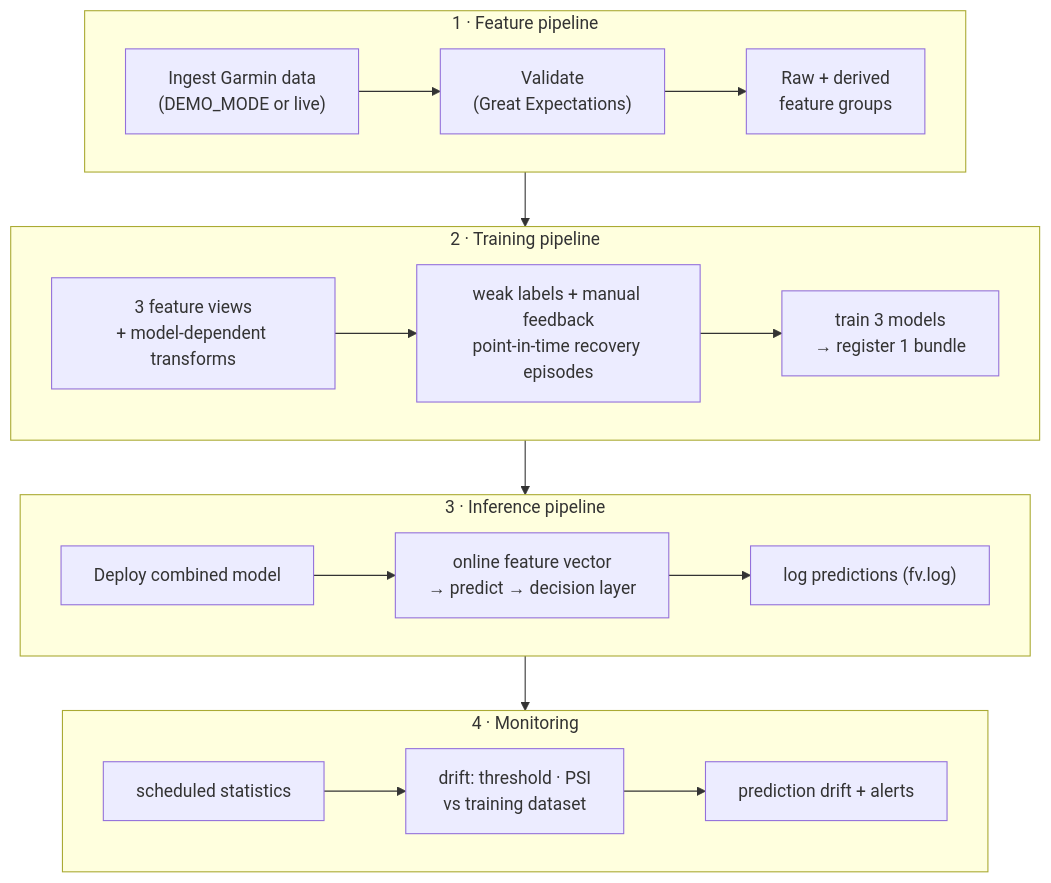
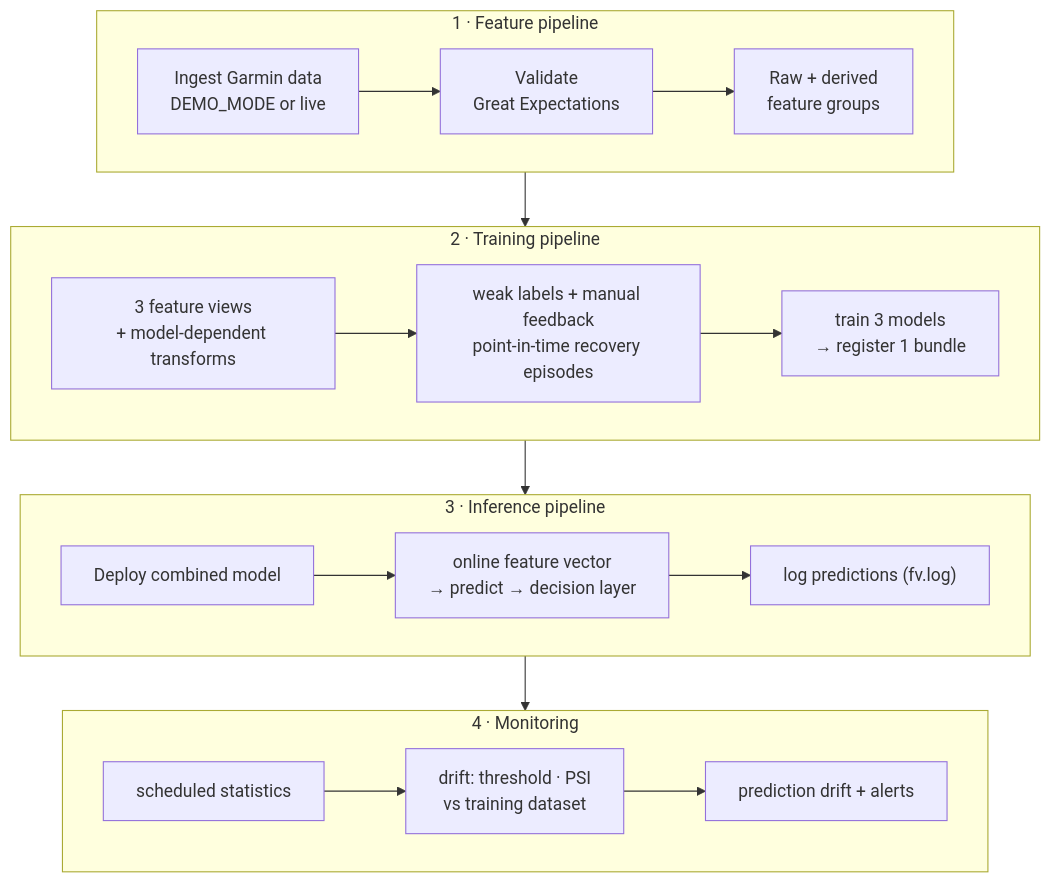
The second of 3 diagrams in README.md (javierdlrm/garmin-companion), drawn with Mermaid before and after one commit. The commit also changed other lines of this file, not shown here.

First line of the commit message:
Fix Mermaid render error on GitHub

````diff
--- a/README.md
+++ b/README.md
@@ -78,16 +78,16 @@
 ```mermaid
 flowchart TB
   subgraph F["1 · Feature pipeline"]
-    F1["Ingest Garmin data<br/>(DEMO_MODE or live)"] --> F2["Validate<br/>(Great Expectations)"] --> F3["Raw + derived<br/>feature groups"]
+    F1["Ingest Garmin data<br/>DEMO_MODE or live"] --> F2["Validate<br/>Great Expectations"] --> F3["Raw + derived<br/>feature groups"]
   end
   subgraph T["2 · Training pipeline"]
     T1["3 feature views<br/>+ model-dependent transforms"] --> T2["weak labels + manual feedback<br/>point-in-time recovery episodes"] --> T3["train 3 models<br/>→ register 1 bundle"]
   end
   subgraph I["3 · Inference pipeline"]
     I1["Deploy combined model"] --> I2["online feature vector<br/>→ predict → decision layer"] --> I3["log predictions (fv.log)"]
   end
   subgraph MO["4 · Monitoring"]
     M1["scheduled statistics"] --> M2["drift: threshold · PSI<br/>vs training dataset"] --> M3["prediction drift + alerts"]
   end
   F --> T --> I --> MO
 ```
````
